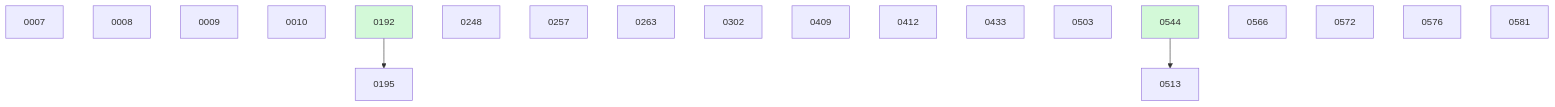
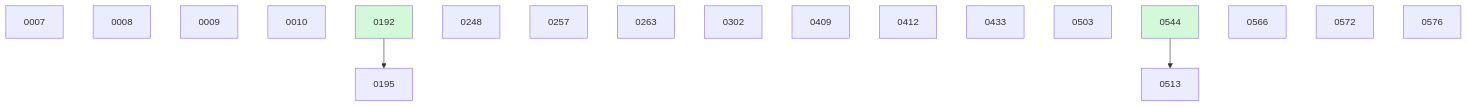
Before and after one commit to danielhanold/docket: the diagram in docs/changes/BOARD.md, drawn with Mermaid. The commit also changed other lines of this file and 3 other files, not shown here.

````diff
--- a/docs/changes/BOARD.md
+++ b/docs/changes/BOARD.md
@@ -38,24 +32,23 @@
 ```mermaid
 graph TD
   0007
   0008
   0009
   0010
   0192 --> 0195
   0248
   0257
   0263
   0302
   0409
   0412
   0433
   0503
   0544 --> 0513
   0566
   0572
   0576
-  0581
   0192:::done
   0544:::done
   classDef done fill:#d3f9d8;
 ```
````
